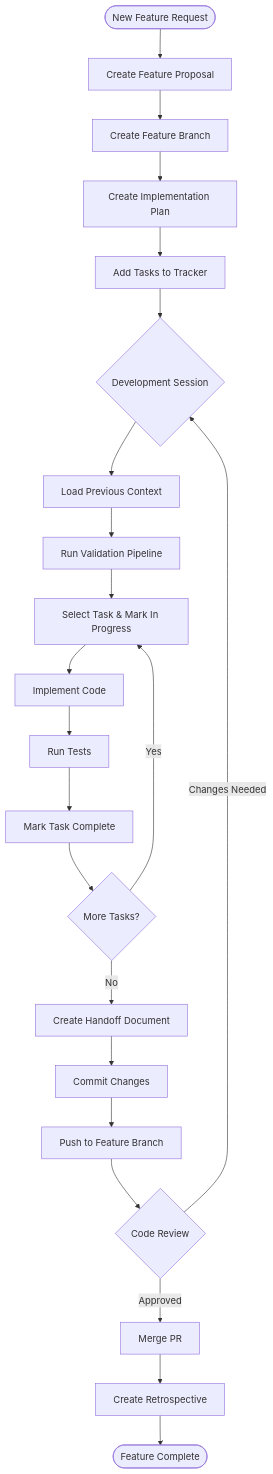
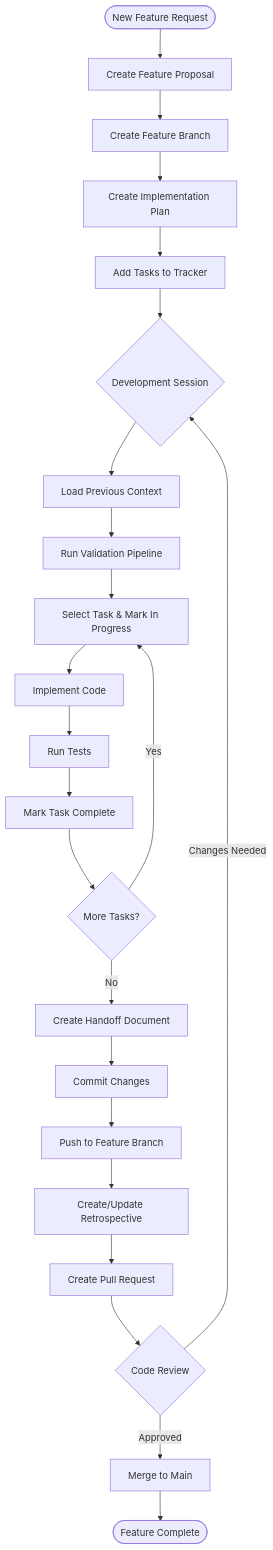
One commit to SteveGJones/ai-first-sdlc-practices changed the first of 9 diagrams in docs/workflow-diagram.md. Above: the diagram before and after it, drawn with Mermaid. The commit also changed 2 other files, not shown here.

Commit message:
docs: fix workflow diagrams to show retrospective before PR
Updated all workflow documentation to consistently show that retrospectives
must be created BEFORE pull requests, not after merge.

Changes:
- workflow-diagram.md: Fixed main flow to show Retrospective before PR
- HOWTO.md: Added explicit retrospective step (Step 4) and PR step (Step 6)
- Updated retrospective with documentation review results

This ensures both humans and AI agents understand the correct workflow:
Proposal → Implementation → Retrospective → PR → Merge

🤖 Generated with [Claude Code](https://claude.ai/code)

````diff
--- a/docs/workflow-diagram.md
+++ b/docs/workflow-diagram.md
@@ -5,31 +5,32 @@
 ```mermaid
 graph TD
     Start([New Feature Request]) --> Proposal[Create Feature Proposal]
     Proposal --> Branch[Create Feature Branch]
     Branch --> Plan[Create Implementation Plan]
     Plan --> Tasks[Add Tasks to Tracker]
     
     Tasks --> Session{Development Session}
     
     Session --> Load[Load Previous Context]
     Load --> Validate[Run Validation Pipeline]
     Validate --> Work[Select Task & Mark In Progress]
     
     Work --> Develop[Implement Code]
     Develop --> Test[Run Tests]
     Test --> Complete[Mark Task Complete]
     
     Complete --> More{More Tasks?}
     More -->|Yes| Work
     More -->|No| Handoff[Create Handoff Document]
     
     Handoff --> Commit[Commit Changes]
     Commit --> Push[Push to Feature Branch]
     
-    Push --> Review{Code Review}
+    Push --> Retro[Create/Update Retrospective]
+    Retro --> PR[Create Pull Request]
+    PR --> Review{Code Review}
     Review -->|Changes Needed| Session
-    Review -->|Approved| Merge[Merge PR]
+    Review -->|Approved| Merge[Merge to Main]
     
-    Merge --> Retro[Create Retrospective]
-    Retro --> End([Feature Complete])
+    Merge --> End([Feature Complete])
 ```
````
